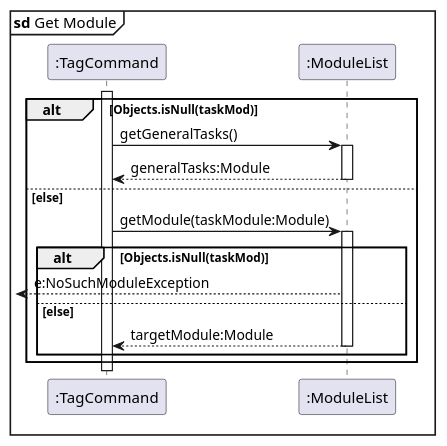
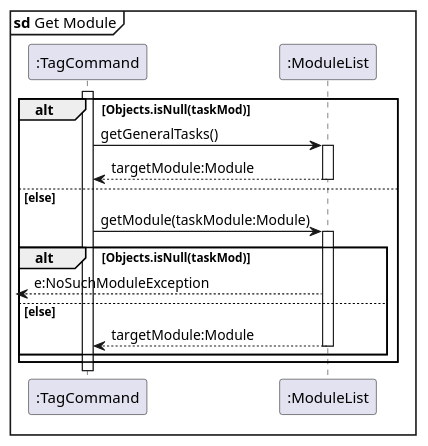
The diagram in docs/TagSeqDiagram/GetModule.puml (nus-cs2113-AY2122S2/tp), drawn with PlantUML before and after one commit. The commit also changed 3 other files, not shown here.

```diff
--- a/docs/TagSeqDiagram/GetModule.puml
+++ b/docs/TagSeqDiagram/GetModule.puml
@@ -1,29 +1,29 @@
 @startuml
 'https://plantuml.com/sequence-diagram
 
 skinparam shadowing false
 participant ":TagCommand" as TagCommand
 participant ":ModuleList" as ModuleList
 
 mainframe **sd** Get Module
 
 activate TagCommand
 
 alt Objects.isNull(taskMod)
     TagCommand -> ModuleList: getGeneralTasks()
     activate ModuleList
-    return generalTasks:Module
+    return targetModule:Module
 
 else else
     TagCommand -> ModuleList: getModule(taskModule:Module)
     activate ModuleList
 
     alt Objects.isNull(taskMod)
         [<-- ModuleList: e:NoSuchModuleException
 
     else else
     return targetModule:Module
 
     end
 end
 @enduml
```
